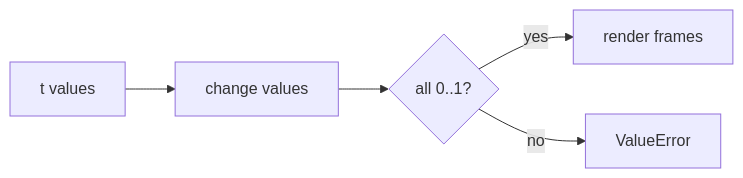
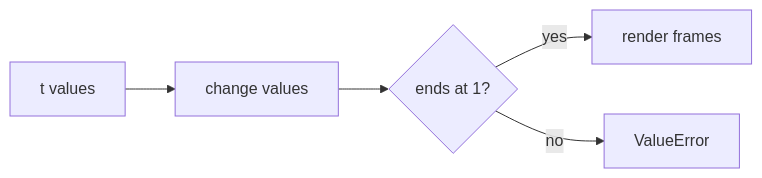
The seventh of 8 diagrams in INTERPOLATION.md (MatevzVidovic/pygame_renderer), drawn with Mermaid before and after one commit. The commit also changed other lines of this file and 7 other files, not shown here.

````diff
--- a/INTERPOLATION.md
+++ b/INTERPOLATION.md
@@ -115,7 +116,7 @@
 ```mermaid
 flowchart LR
     A[t values] --> B[change values]
-    B --> C{all 0..1?}
+    B --> C{ends at 1?}
     C -->|yes| D[render frames]
     C -->|no| E[ValueError]
 ```
````
